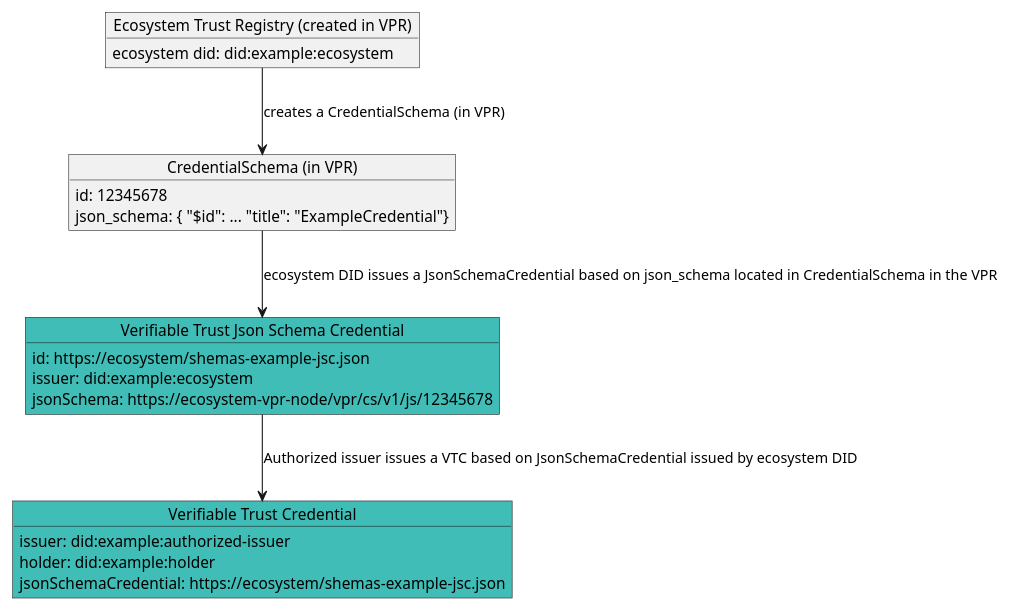
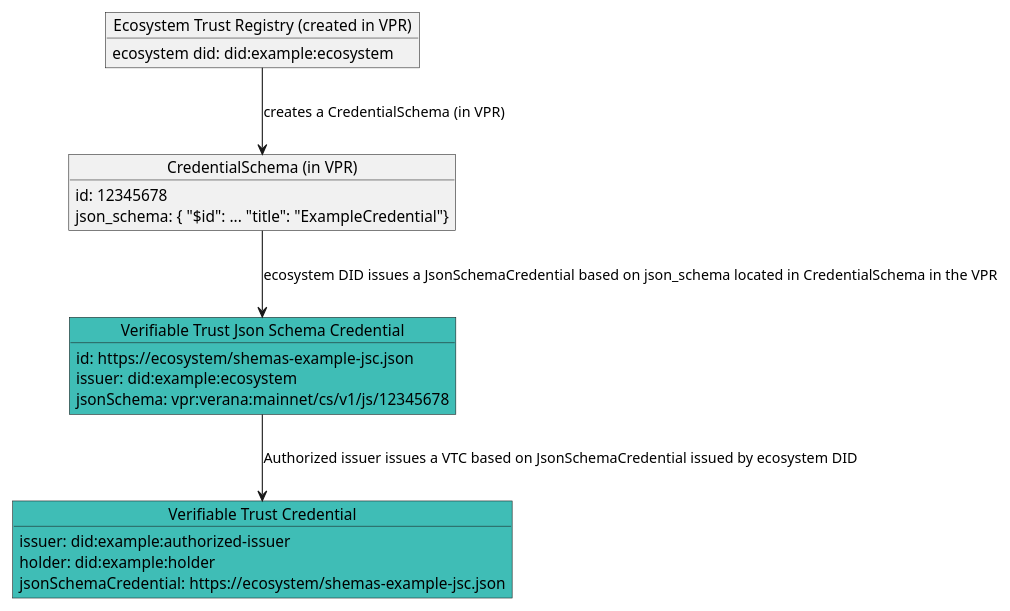
One commit to verana-labs/verifiable-trust-spec changed the fourth of 4 diagrams in spec.md. Above: the diagram before and after it, drawn with PlantUML. The commit also changed other lines of this file and 1 other file, not shown here.

````diff
--- a/spec.md
+++ b/spec.md
@@ -443,30 +443,30 @@
 ```plantuml
 
 @startuml
 scale max 800 width
 object "Ecosystem Trust Registry (created in VPR)" as es {
   ecosystem did: did:example:ecosystem
 }
 object "CredentialSchema (in VPR)" as cs {
   id: 12345678
   json_schema: { "$id": ... "title": "ExampleCredential"}
 }
 object "Verifiable Trust Json Schema Credential" as jsc #3fbdb6 {
   id: https://ecosystem/shemas-example-jsc.json
   issuer: did:example:ecosystem
-  jsonSchema: https://ecosystem-vpr-node/vpr/cs/v1/js/12345678
+  jsonSchema: vpr:verana:mainnet/cs/v1/js/12345678
 }
 
 object "Verifiable Trust Credential" as vscred #3fbdb6 {
   issuer: did:example:authorized-issuer
   holder: did:example:holder
   jsonSchemaCredential: https://ecosystem/shemas-example-jsc.json
 }
 
  jsc --> vscred: Authorized issuer issues a VTC based on JsonSchemaCredential issued by ecosystem DID
 cs --> jsc : ecosystem DID issues a JsonSchemaCredential based on json_schema located in CredentialSchema in the VPR
 es --> cs : creates a CredentialSchema (in VPR)
 
 @enduml
 
 ```
````
